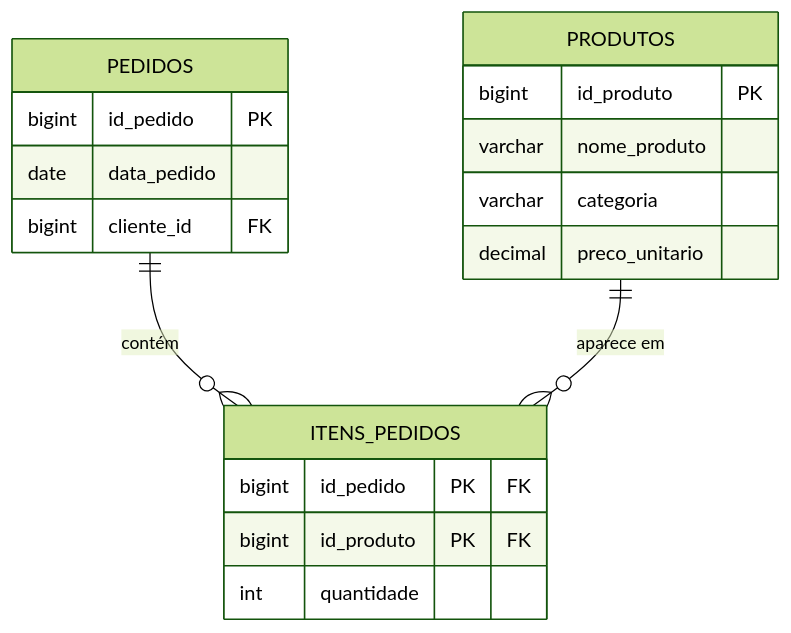
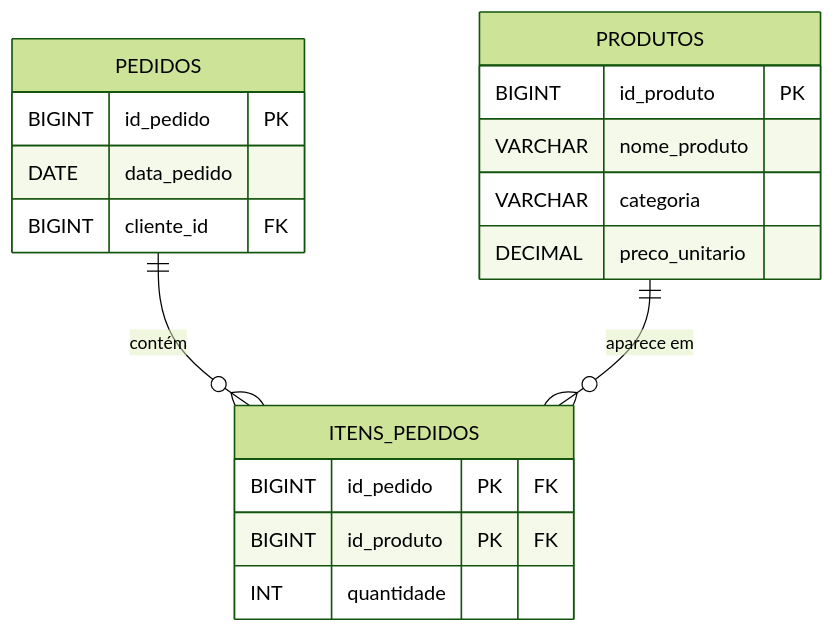
The fourth of 9 diagrams in docs/aulas/Aula_02_Normalizacao.md (DSM-Fatec-Jahu/BDR-DSM-2026-2), drawn with Mermaid (forest theme) before and after one commit. The commit also changed other lines of this file and 2 other files, not shown here.

First line of the commit message:
Padroniza tipos SQL em MAIÚSCULAS nos diagramas (Regra 3)

````diff
--- a/docs/aulas/Aula_02_Normalizacao.md
+++ b/docs/aulas/Aula_02_Normalizacao.md
@@ -280,24 +280,24 @@
 ```mermaid
 erDiagram
     PEDIDOS {
-        bigint id_pedido PK
-        date data_pedido
-        bigint cliente_id FK
+        BIGINT id_pedido PK
+        DATE data_pedido
+        BIGINT cliente_id FK
     }
 
     PRODUTOS {
-        bigint id_produto PK
-        varchar nome_produto
-        varchar categoria
-        decimal preco_unitario
+        BIGINT id_produto PK
+        VARCHAR nome_produto
+        VARCHAR categoria
+        DECIMAL preco_unitario
     }
 
     ITENS_PEDIDOS {
-        bigint id_pedido PK "FK"
-        bigint id_produto PK "FK"
-        int quantidade
+        BIGINT id_pedido PK "FK"
+        BIGINT id_produto PK "FK"
+        INT quantidade
     }
 
     PEDIDOS ||--o{ ITENS_PEDIDOS : "contém"
     PRODUTOS ||--o{ ITENS_PEDIDOS : "aparece em"
 ```
````
